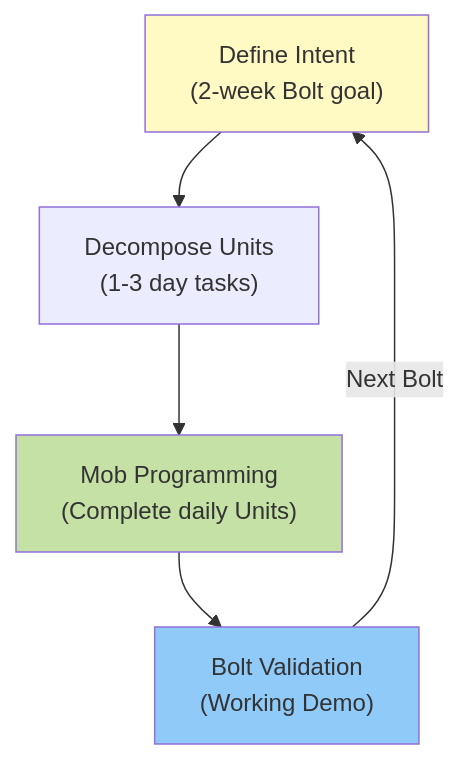
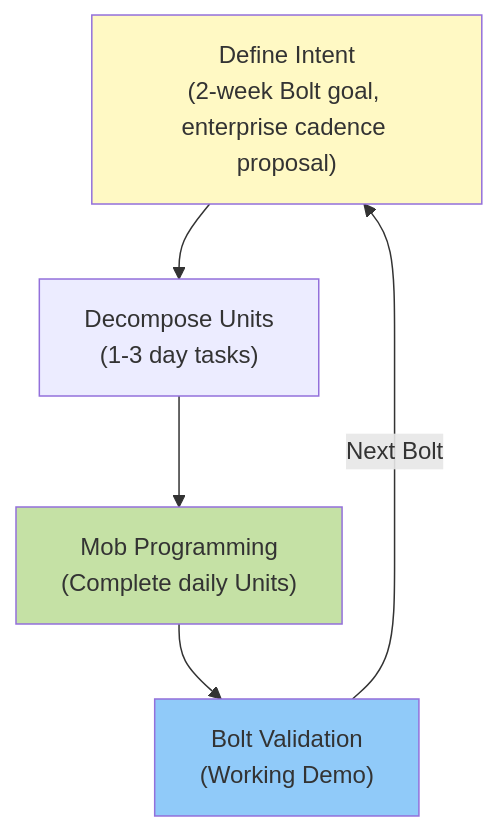
Before and after one commit to devfloor9/engineering-playbook: the second of 4 diagrams in docs/aidlc/enterprise/adoption-strategy.md, drawn with Mermaid. The commit also changed other lines of this file and 4 other files, not shown here.

````diff
--- a/docs/aidlc/enterprise/adoption-strategy.md
+++ b/docs/aidlc/enterprise/adoption-strategy.md
@@ -100,16 +100,16 @@
 ```mermaid
 graph TD
-    Intent["Define Intent<br/>(2-week Bolt goal)"]
+    Intent["Define Intent<br/>(2-week Bolt goal, enterprise cadence proposal)"]
     Unit["Decompose Units<br/>(1-3 day tasks)"]
     Dev["Mob Programming<br/>(Complete daily Units)"]
     Val["Bolt Validation<br/>(Working Demo)"]
 
     Intent --> Unit
     Unit --> Dev
     Dev --> Val
     Val -->|Next Bolt| Intent
 
     style Intent fill:#fff9c4
     style Dev fill:#c5e1a5
     style Val fill:#90caf9
 ```
````
